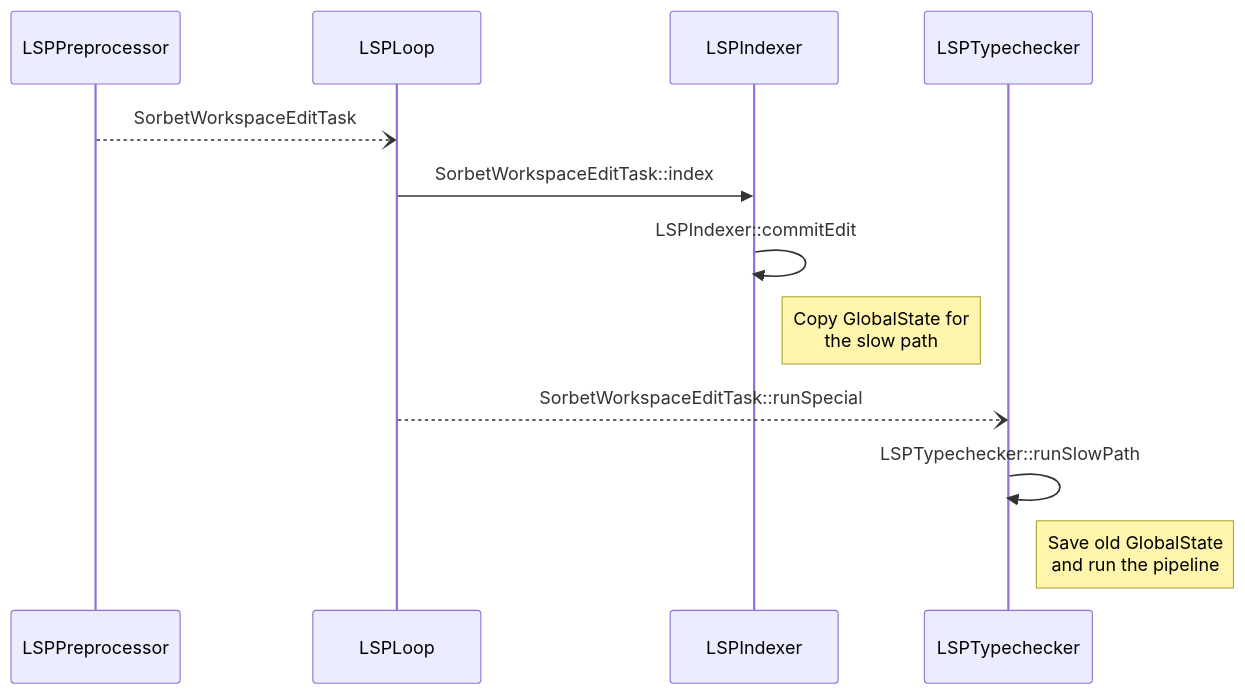
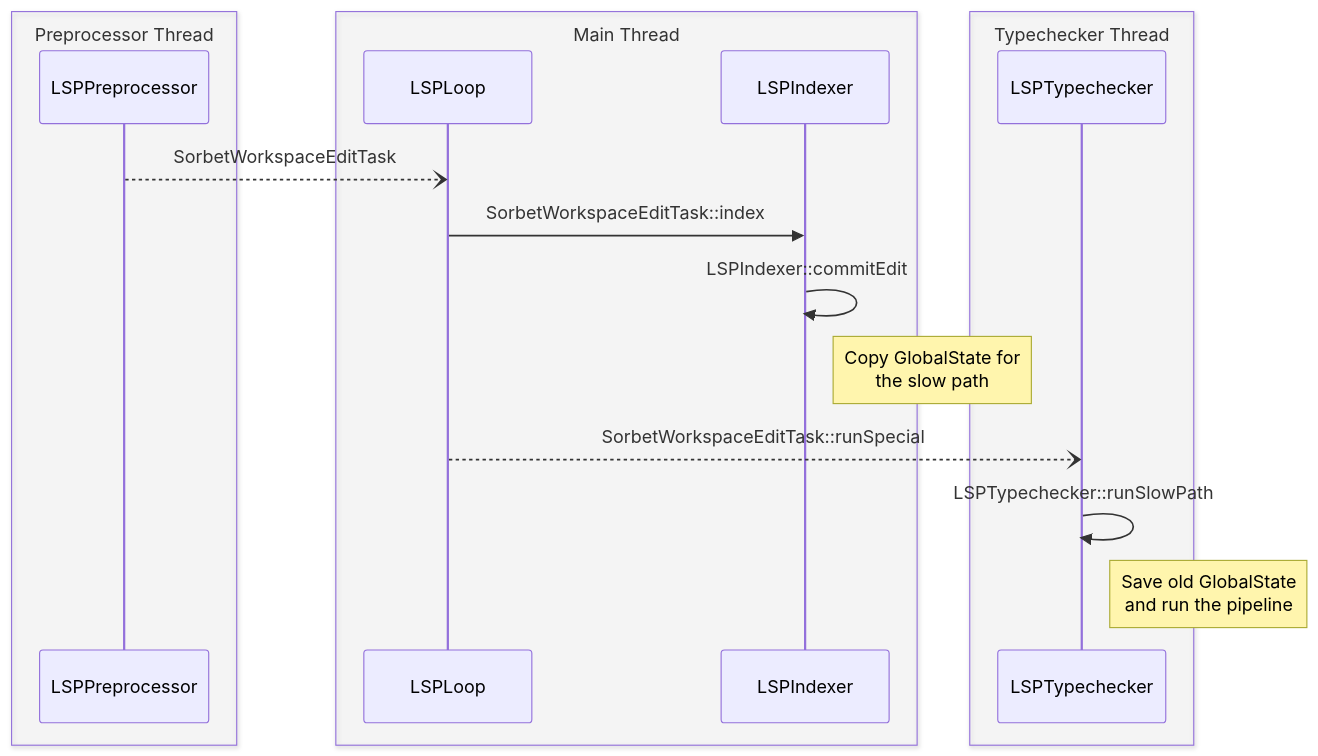
Before and after one commit to sorbet/sorbet: the second of 2 diagrams in docs/lsp.md, drawn with Mermaid. The commit also changed other lines of this file, not shown here.

````diff
--- a/docs/lsp.md
+++ b/docs/lsp.md
@@ -28,15 +34,21 @@
 ```mermaid
 sequenceDiagram
+  box rgba(255,255,255,0.2) Preprocessor Thread
   participant LSPPreprocessor
+  end
+  box rgba(255,255,255,0.2) Main Thread
   participant LSPLoop
   participant LSPIndexer
+  end
+  box rgba(255,255,255,0.2) Typechecker Thread
   participant LSPTypechecker
+  end
 
   LSPPreprocessor --) LSPLoop: SorbetWorkspaceEditTask
   LSPLoop ->> LSPIndexer: SorbetWorkspaceEditTask::index
   LSPIndexer ->> LSPIndexer: LSPIndexer::commitEdit
   Note right of LSPIndexer: Copy GlobalState for<br/>the slow path
   LSPLoop --) LSPTypechecker: SorbetWorkspaceEditTask::runSpecial
   LSPTypechecker ->> LSPTypechecker: LSPTypechecker::runSlowPath
   Note right of LSPTypechecker: Save old GlobalState<br/>and run the pipeline
 ```
````
